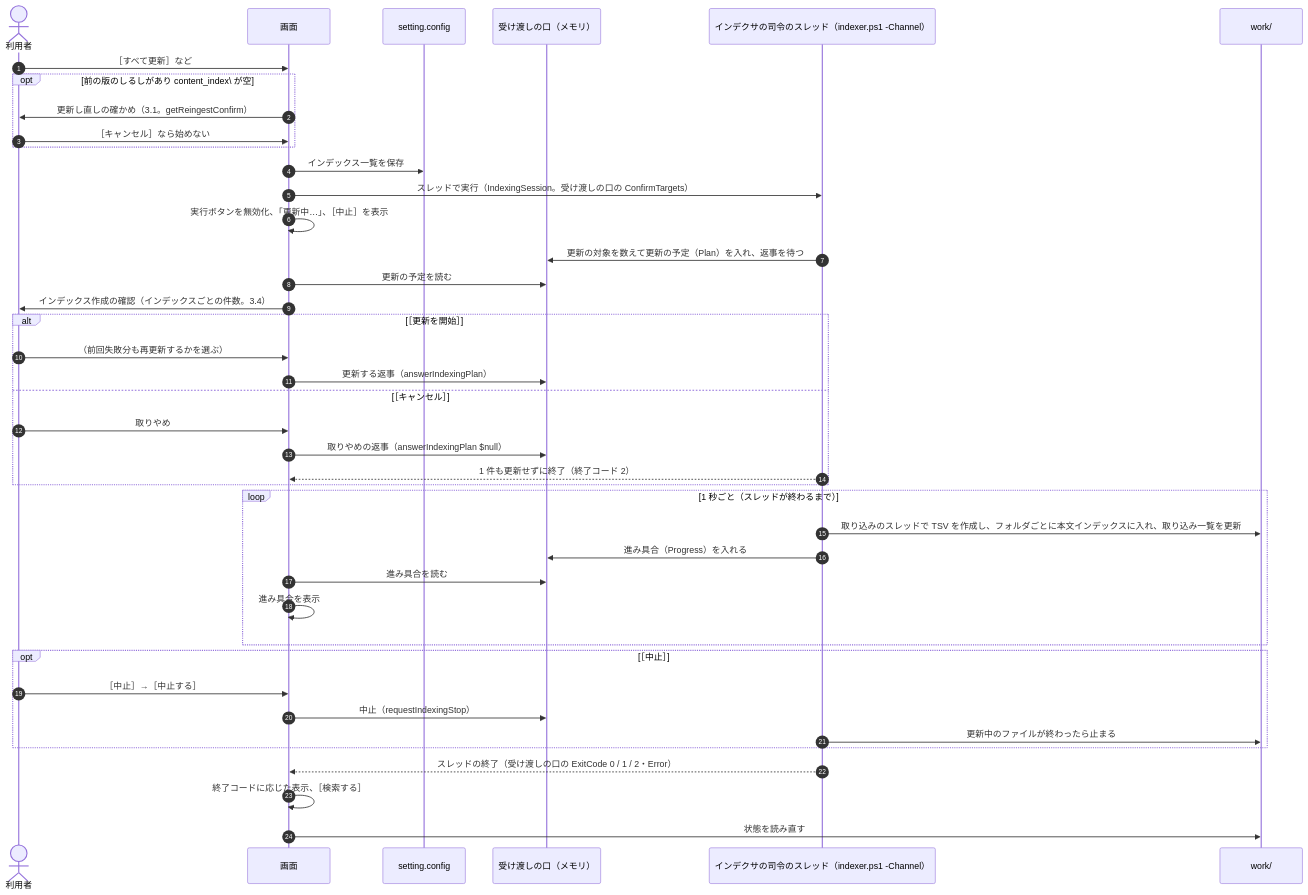
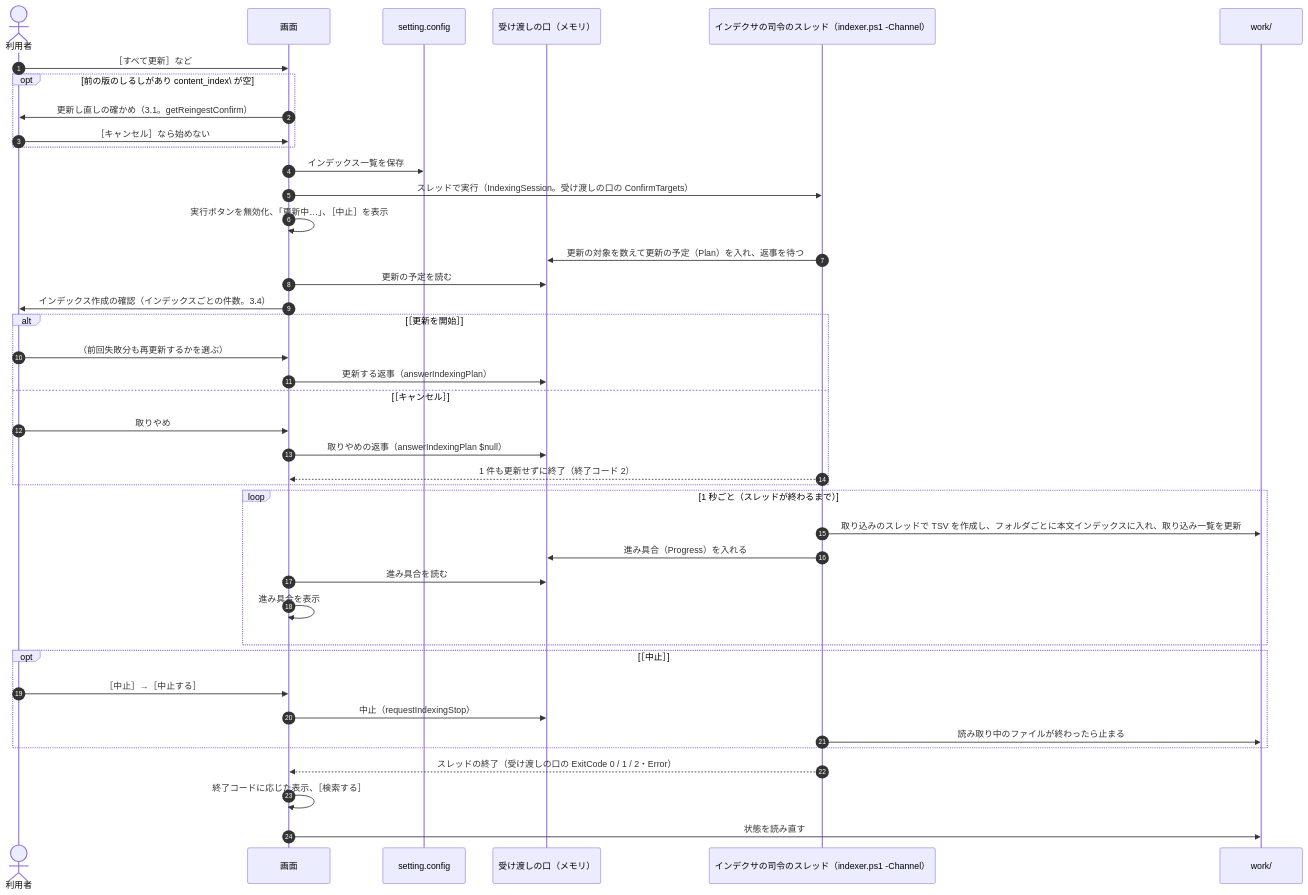
Before and after one commit to hsgwa/tebunko: the third of 5 diagrams in docs/design/gui/state-flow.md, drawn with Mermaid. The commit also changed 38 other files, not shown here.

````diff
--- a/docs/design/gui/state-flow.md
+++ b/docs/design/gui/state-flow.md
@@ -85,44 +85,44 @@
 ```mermaid
 sequenceDiagram
     autonumber
     actor U as 利用者
     participant G as 画面
     participant C as setting.config
     participant K as 受け渡しの口（メモリ）
     participant P as インデクサの司令のスレッド（indexer.ps1 -Channel）
     participant W as work/
 
     U->>G: ［すべて更新］など
     opt 前の版のしるしがあり content_index\ が空
         G->>U: 更新し直しの確かめ（3.1。getReingestConfirm）
         U->>G: ［キャンセル］なら始めない
     end
     G->>C: インデックス一覧を保存
     G->>P: スレッドで実行（IndexingSession。受け渡しの口の ConfirmTargets）
     G->>G: 実行ボタンを無効化、「更新中…」、［中止］を表示
     P->>K: 更新の対象を数えて更新の予定（Plan）を入れ、返事を待つ
     G->>K: 更新の予定を読む
     G->>U: インデックス作成の確認（インデックスごとの件数。3.4）
     alt ［更新を開始］
         U->>G: （前回失敗分も再更新するかを選ぶ）
         G->>K: 更新する返事（answerIndexingPlan）
     else ［キャンセル］
         U->>G: 取りやめ
         G->>K: 取りやめの返事（answerIndexingPlan $null）
         P-->>G: 1 件も更新せずに終了（終了コード 2）
     end
     loop 1 秒ごと（スレッドが終わるまで）
         P->>W: 取り込みのスレッドで TSV を作成し、フォルダごとに本文インデックスに入れ、取り込み一覧を更新
         P->>K: 進み具合（Progress）を入れる
         G->>K: 進み具合を読む
         G->>G: 進み具合を表示
     end
     opt ［中止］
         U->>G: ［中止］→［中止する］
         G->>K: 中止（requestIndexingStop）
-        P->>W: 更新中のファイルが終わったら止まる
+        P->>W: 読み取り中のファイルが終わったら止まる
     end
     P-->>G: スレッドの終了（受け渡しの口の ExitCode 0 / 1 / 2・Error）
     G->>G: 終了コードに応じた表示、［検索する］
     G->>W: 状態を読み直す
 ```
````
